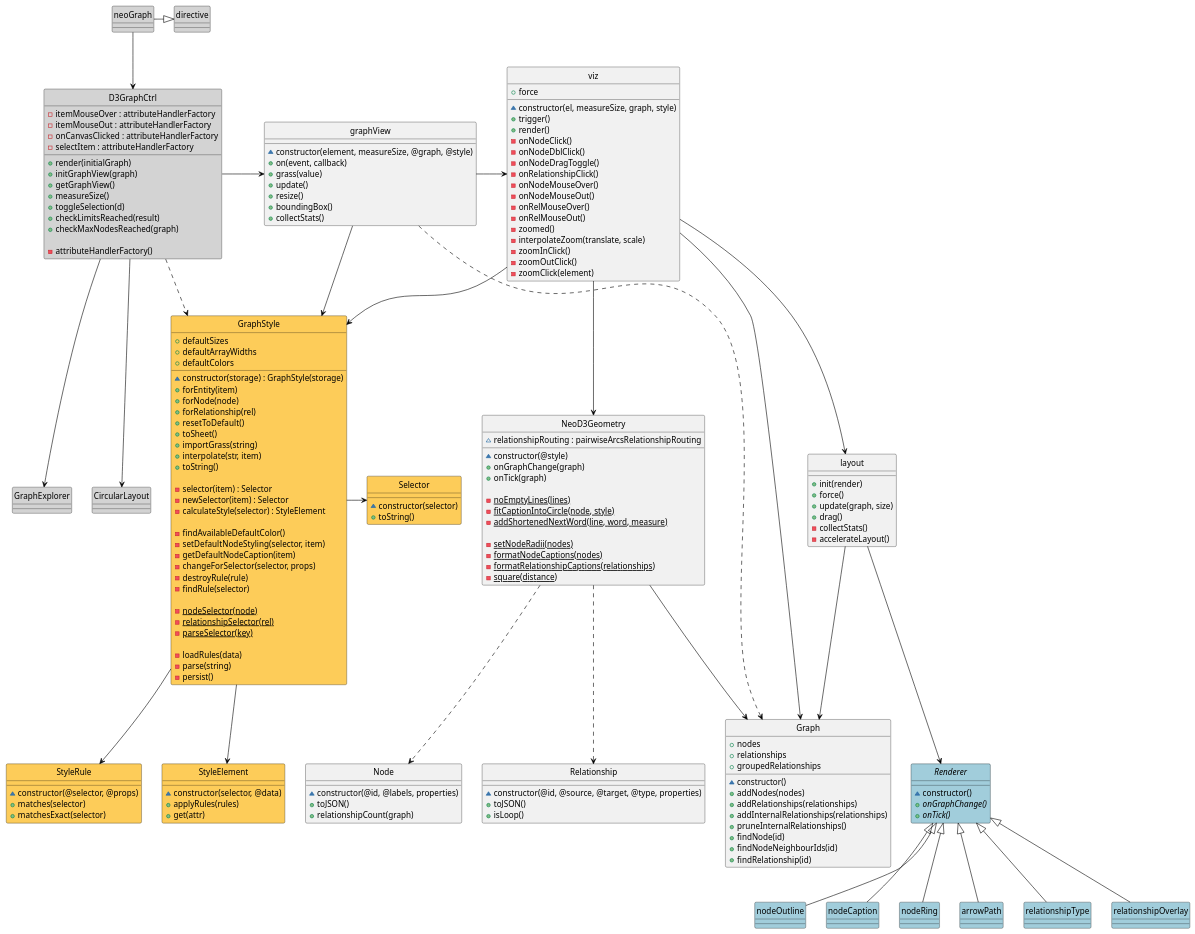
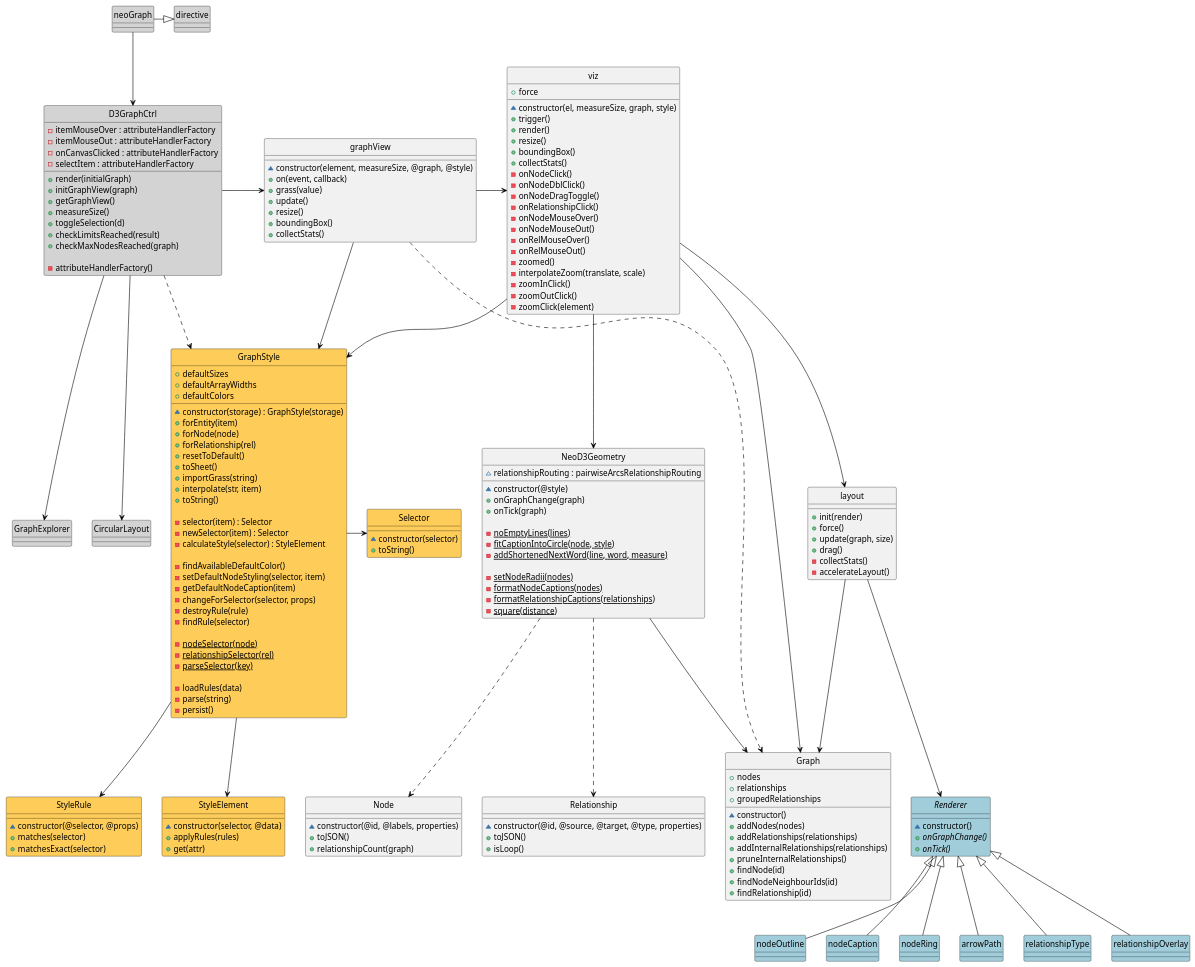
The diagram in doc/neo4j-browser.puml (isleon/neo4j-browser), drawn with PlantUML before and after one commit. The commit also changed 1 other file, not shown here.

```diff
--- a/doc/neo4j-browser.puml
+++ b/doc/neo4j-browser.puml
@@ -59,10 +59,13 @@
 graphView --> GraphStyle
 
 class viz {
+    +force
     ~constructor(el, measureSize, graph, style)
     +trigger()
     +render()
-    +force
+    +resize()
+    +boundingBox()
+    +collectStats()
     -onNodeClick()
     -onNodeDblClick()
     -onNodeDragToggle()
```
